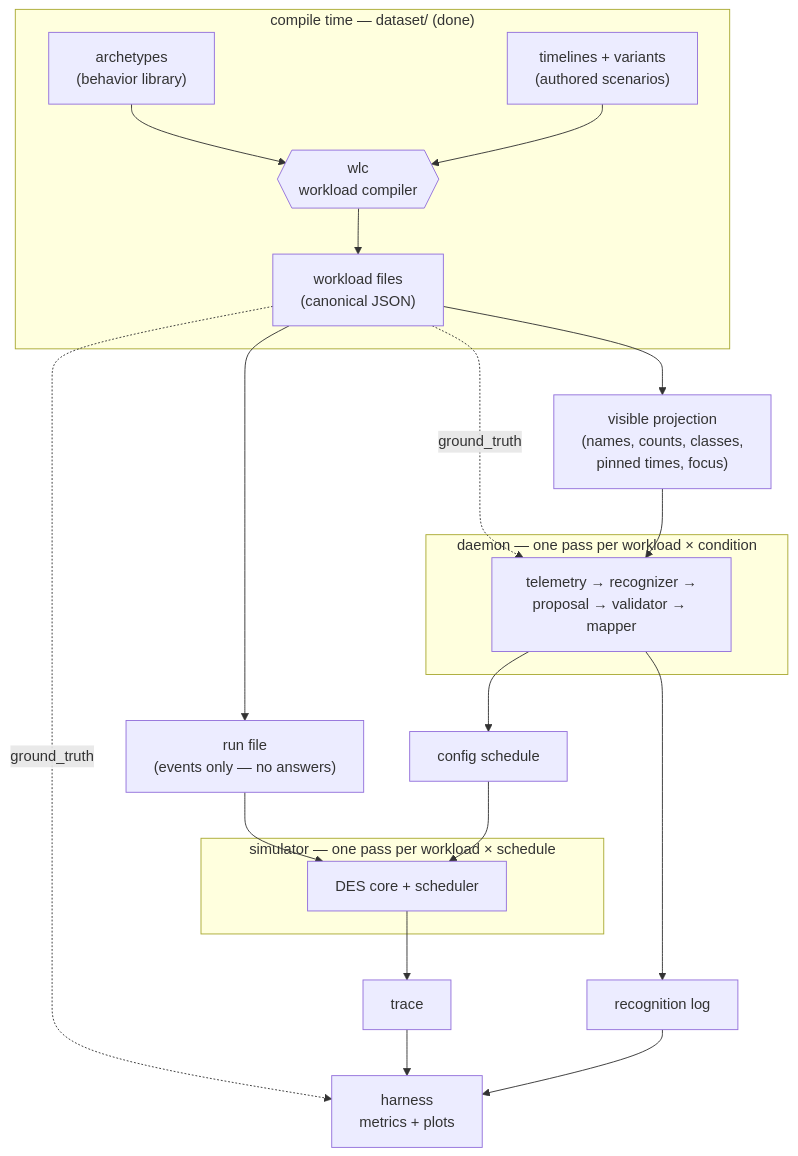
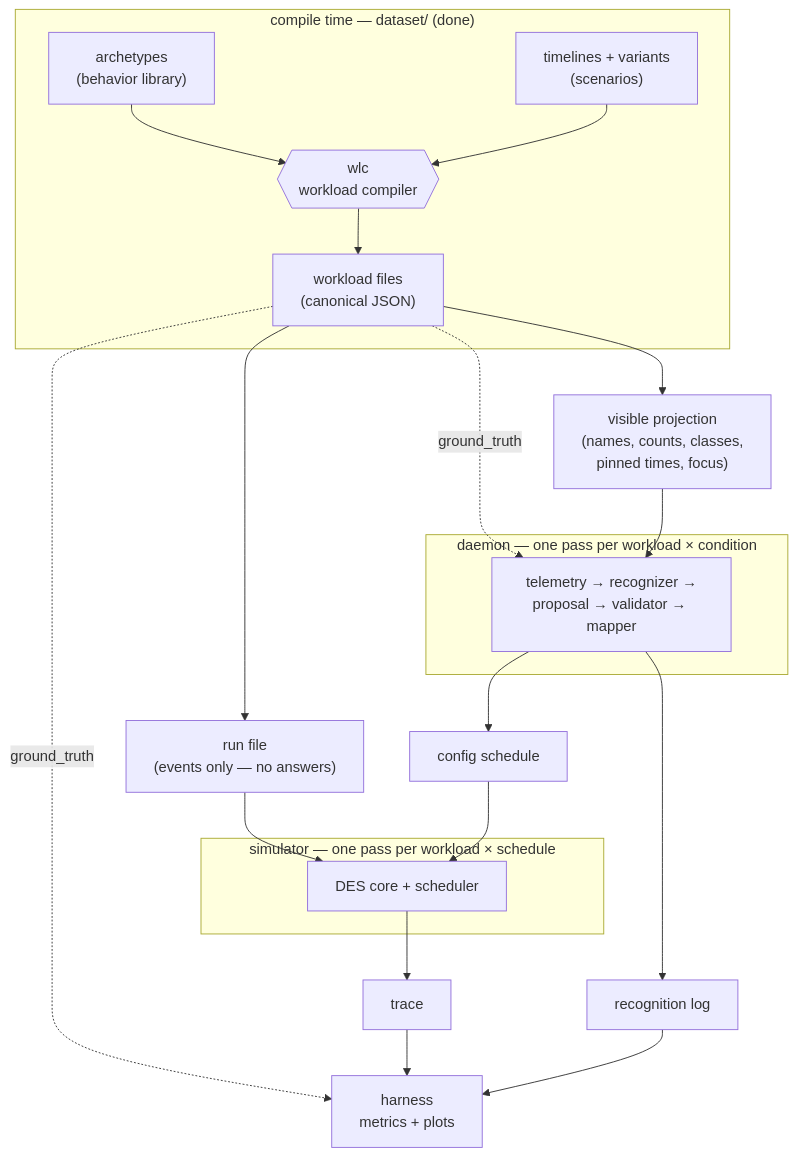
The diagram in docs/data-contracts.md (logis11/LLM_driven_shceduling), drawn with Mermaid before and after one commit. The commit also changed other lines of this file and 1 other file, not shown here.

Commit message:
docs(jioh/phase-9): 9.15 K05 — the data contracts: the reviewer's two minor findings

````diff
--- a/docs/data-contracts.md
+++ b/docs/data-contracts.md
@@ -14,30 +14,30 @@
 ```mermaid
 flowchart TB
     subgraph COMPILE ["compile time — dataset/ (done)"]
         A["archetypes<br/>(behavior library)"] --> W{{"wlc<br/>workload compiler"}}
-        T["timelines + variants<br/>(authored scenarios)"] --> W
+        T["timelines + variants<br/>(scenarios)"] --> W
         W --> K["workload files<br/>(canonical JSON)"]
     end
 
     K --> RF["run file<br/>(events only — no answers)"]
     K --> VP["visible projection<br/>(names, counts, classes,<br/>pinned times, focus)"]
     K -. "ground_truth" .-> D
     K -. "ground_truth" .-> H
 
     subgraph DAEMON ["daemon — one pass per workload × condition"]
         D["telemetry → recognizer →<br/>proposal → validator → mapper"]
     end
     VP --> D
     D --> CS["config schedule"]
     D --> RL["recognition log"]
 
     subgraph SIM ["simulator — one pass per workload × schedule"]
         S["DES core + scheduler"]
     end
     RF --> S
     CS --> S
     S --> TR["trace"]
 
     TR --> H["harness<br/>metrics + plots"]
     RL --> H
 ```
````
